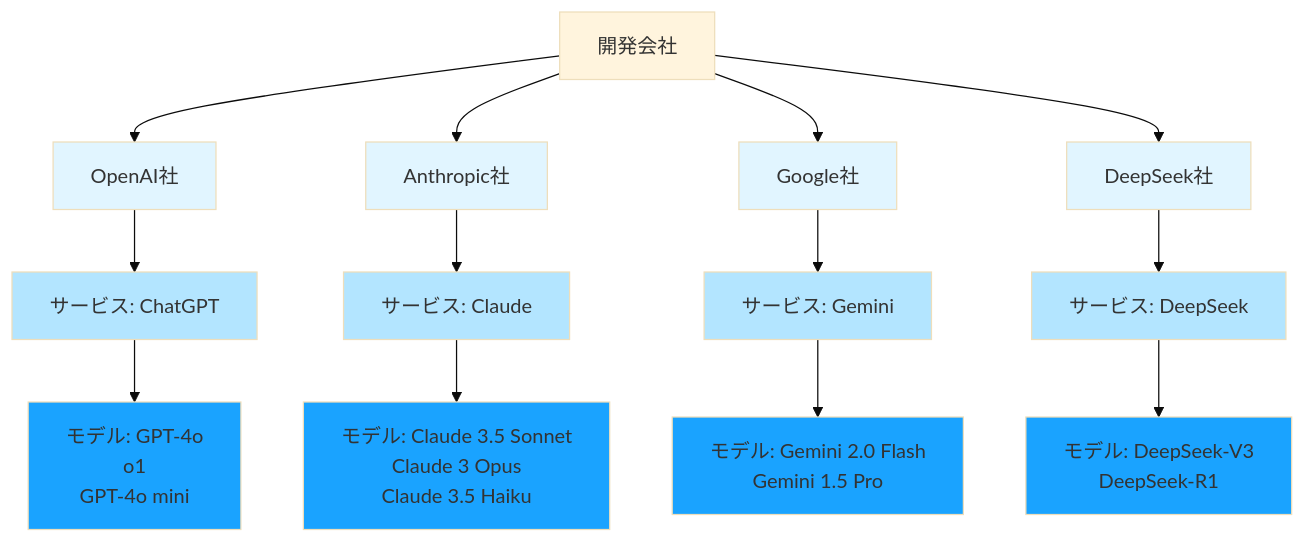
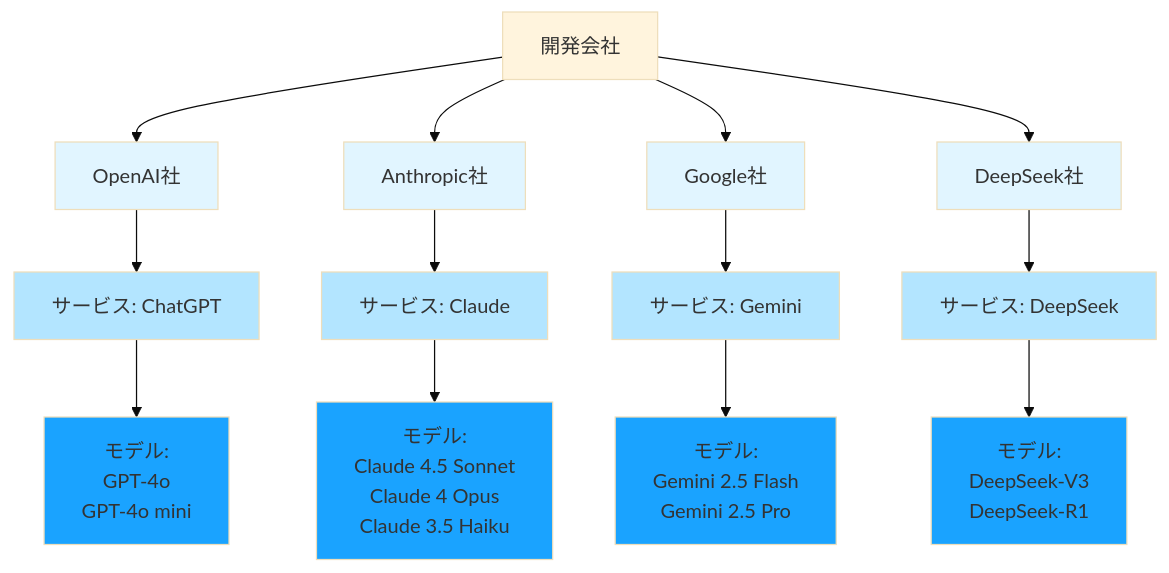
One commit to cyber-freaks-jp/AI_Driven_Development_Course changed the third of 3 diagrams in book/pages/モデルとは.md. Above: the diagram before and after it, drawn with Mermaid (base theme). The commit also changed other lines of this file, not shown here.

````diff
--- a/book/pages/モデルとは.md
+++ b/book/pages/モデルとは.md
@@ -64,30 +64,30 @@
 ```mermaid
 graph TD
     A[開発会社] --> A1[OpenAI社]
     A --> A2[Anthropic社]
     A --> A3[Google社]
     A --> A4[DeepSeek社]
 
     A1 --> B1[サービス: ChatGPT]
     A2 --> B2[サービス: Claude]
     A3 --> B3[サービス: Gemini]
     A4 --> B4[サービス: DeepSeek]
 
-    B1 --> C1[モデル: GPT-4o<br/>o1<br/>GPT-4o mini]
-    B2 --> C2[モデル: Claude 3.5 Sonnet<br/>Claude 3 Opus<br/>Claude 3.5 Haiku]
-    B3 --> C3[モデル: Gemini 2.0 Flash<br/>Gemini 1.5 Pro]
-    B4 --> C4[モデル: DeepSeek-V3<br/>DeepSeek-R1]
+    B1 --> C1[モデル: <br>GPT-4o<br/>GPT-4o mini]
+    B2 --> C2[モデル: <br>Claude 4.5 Sonnet<br/>Claude 4 Opus<br/>Claude 3.5 Haiku]
+    B3 --> C3[モデル: <br>Gemini 2.5 Flash<br/>Gemini 2.5 Pro]
+    B4 --> C4[モデル: <br>DeepSeek-V3<br/>DeepSeek-R1]
 
     style A1 fill:#e1f5ff
     style A2 fill:#e1f5ff
     style A3 fill:#e1f5ff
     style A4 fill:#e1f5ff
     style B1 fill:#b3e5ff
     style B2 fill:#b3e5ff
     style B3 fill:#b3e5ff
     style B4 fill:#b3e5ff
     style C1 fill:#1aa3ff
     style C2 fill:#1aa3ff
     style C3 fill:#1aa3ff
     style C4 fill:#1aa3ff
 ```
````
